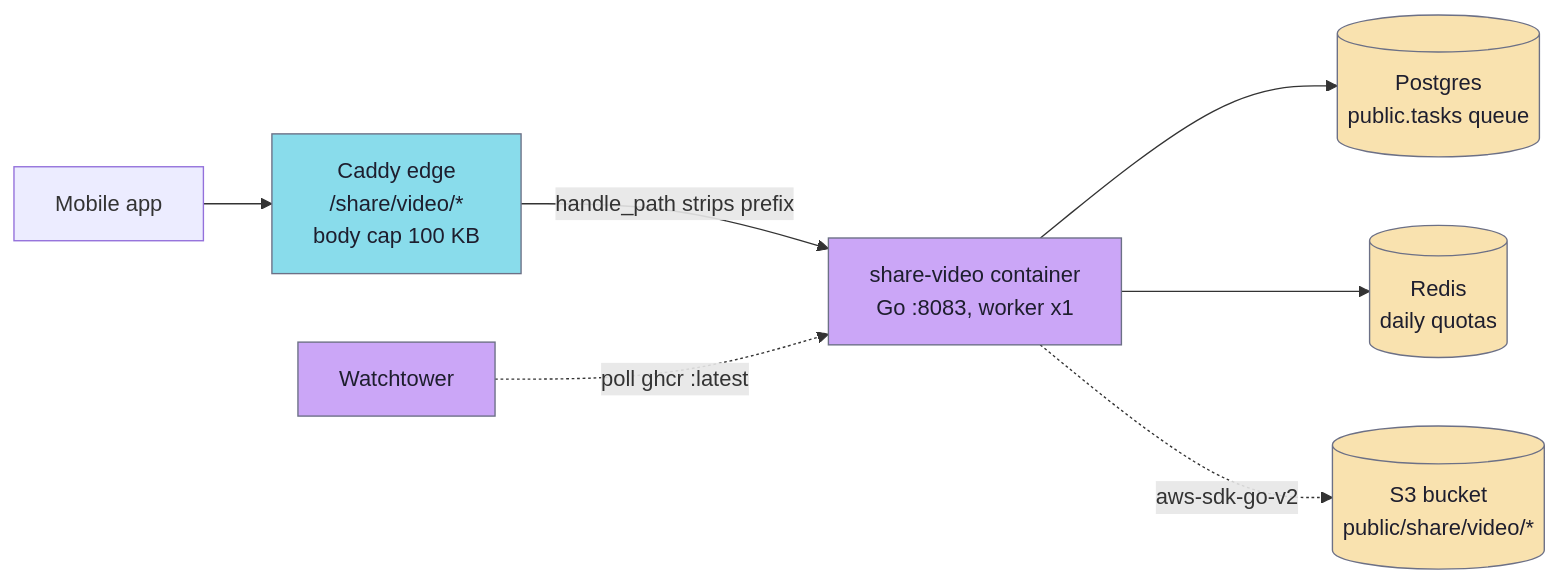
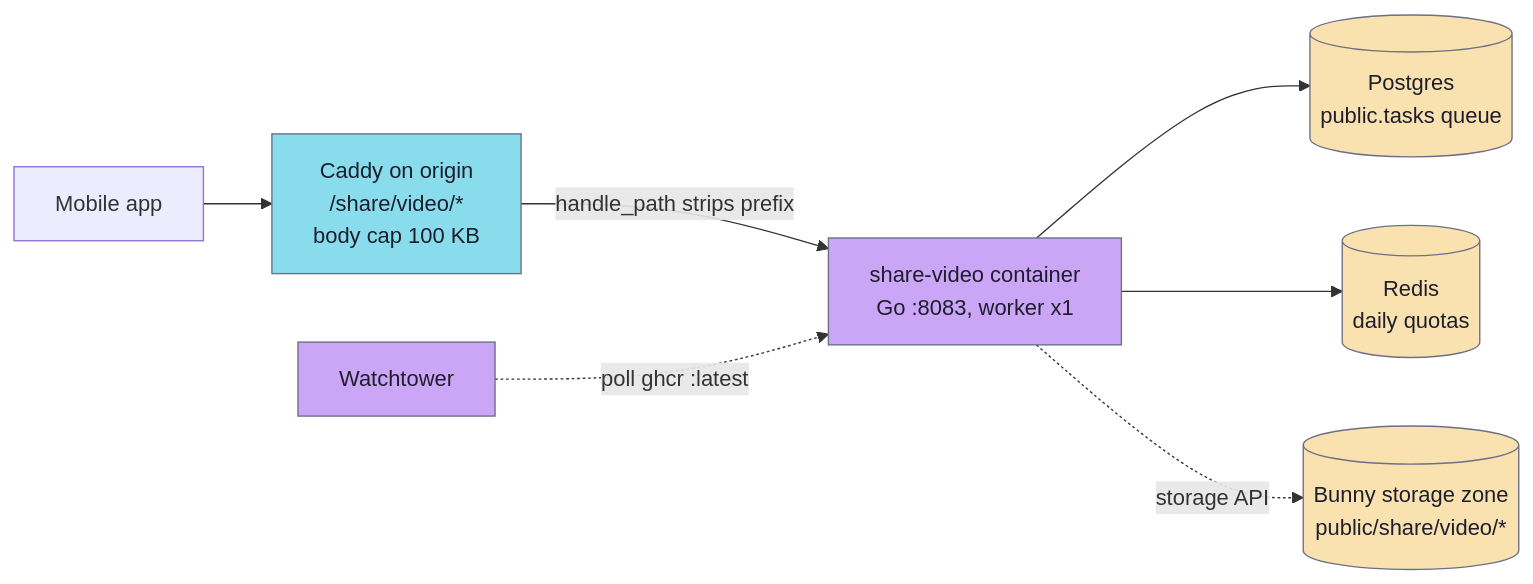
The second of 2 diagrams in docs/repos/shruti/modules/share-video.md (jiva-studio/shruti), drawn with Mermaid before and after one commit. The commit also changed other lines of this file and 23 other files, not shown here.

````diff
--- a/docs/repos/shruti/modules/share-video.md
+++ b/docs/repos/shruti/modules/share-video.md
@@ -142,16 +142,16 @@
 ```mermaid
 graph LR
-    Client["Mobile app"] --> Caddy["Caddy edge<br/>/share/video/*<br/>body cap 100 KB"]
+    Client["Mobile app"] --> Caddy["Caddy on origin<br/>/share/video/*<br/>body cap 100 KB"]
     Caddy -->|handle_path strips prefix| Svc["share-video container<br/>Go :8083, worker x1"]
     Svc --> DB[("Postgres<br/>public.tasks queue")]
     Svc --> RD[("Redis<br/>daily quotas")]
-    Svc -. aws-sdk-go-v2 .-> S3[("S3 bucket<br/>public/share/video/*")]
+    Svc -. storage API .-> S3[("Bunny storage zone<br/>public/share/video/*")]
     WT["Watchtower"] -.->|poll ghcr :latest| Svc
 
     classDef edge fill:#89dceb,stroke:#6c7086,color:#1e1e2e;
     classDef svc fill:#cba6f7,stroke:#6c7086,color:#1e1e2e;
     classDef store fill:#f9e2af,stroke:#6c7086,color:#1e1e2e;
     class Caddy edge;
     class Svc,WT svc;
     class DB,RD,S3 store;
 ```
````
